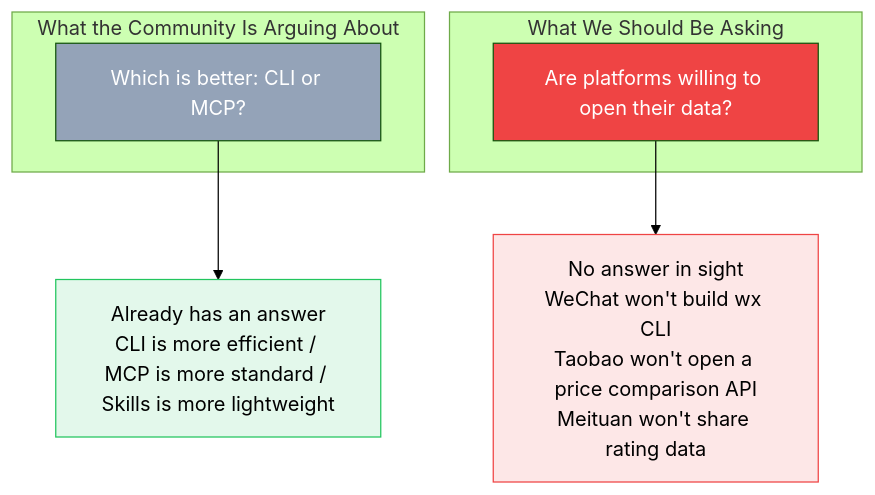
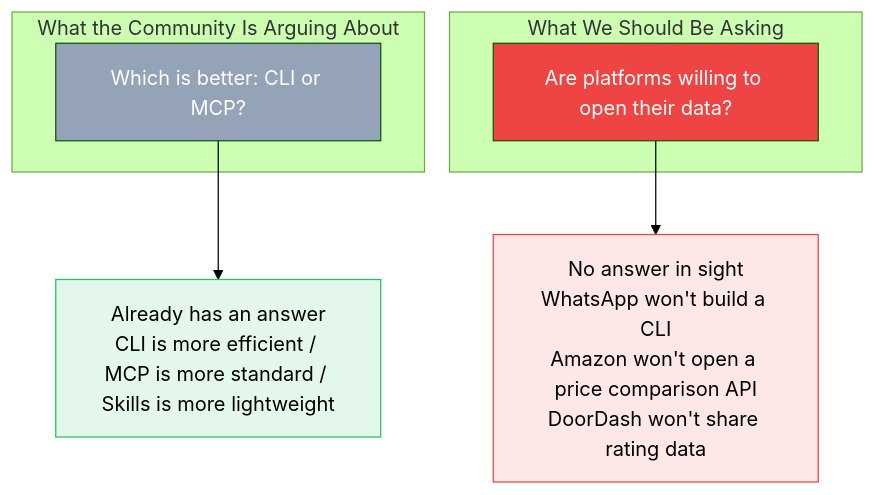
One commit to Trashwbin/quill changed the third of 3 diagrams in content/en/posts/cli-vs-mcp-vs-skills.md. Above: the diagram before and after it, drawn with Mermaid (forest theme). The commit also changed other lines of this file and 2 other files, not shown here.

Commit message:
i18n: replace Chinese product refs with international equivalents (WeChat→WhatsApp, Feishu→Slack, 美团→DoorDash, etc.) - keep Alibaba ecosystem intact

````diff
--- a/content/en/posts/cli-vs-mcp-vs-skills.md
+++ b/content/en/posts/cli-vs-mcp-vs-skills.md
@@ -203,18 +203,18 @@
 ```mermaid
 graph TB
     subgraph "What the Community Is Arguing About"
         Debate["Which is better: CLI or MCP?"]
     end
     
     subgraph "What We Should Be Asking"
         Real["Are platforms willing to open their data?"]
     end
     
     Debate --> Solved["Already has an answer<br/>CLI is more efficient / MCP is more standard / Skills is more lightweight"]
-    Real --> Unsolved["No answer in sight<br/>WeChat won't build wx CLI<br/>Taobao won't open a price comparison API<br/>Meituan won't share rating data"]
+    Real --> Unsolved["No answer in sight<br/>WhatsApp won't build a CLI<br/>Amazon won't open a price comparison API<br/>DoorDash won't share rating data"]
     
     style Debate fill:#94a3b8,color:#fff
     style Real fill:#ef4444,color:#fff
     style Solved fill:#22c55e20,stroke:#22c55e
     style Unsolved fill:#ef444420,stroke:#ef4444
 ```
````
